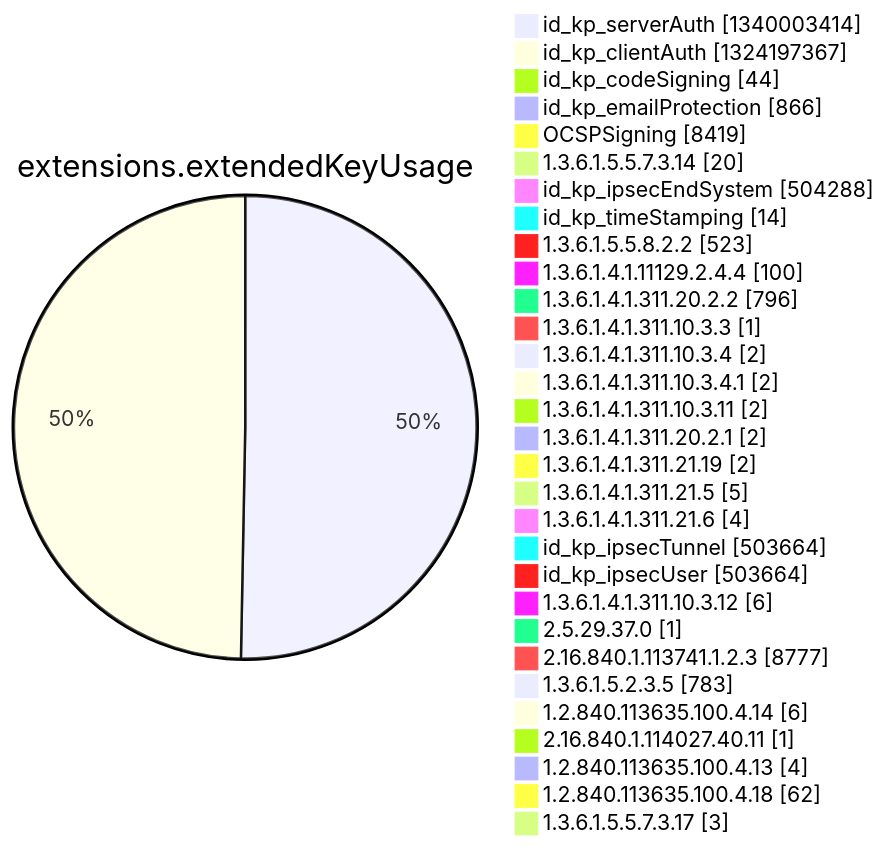
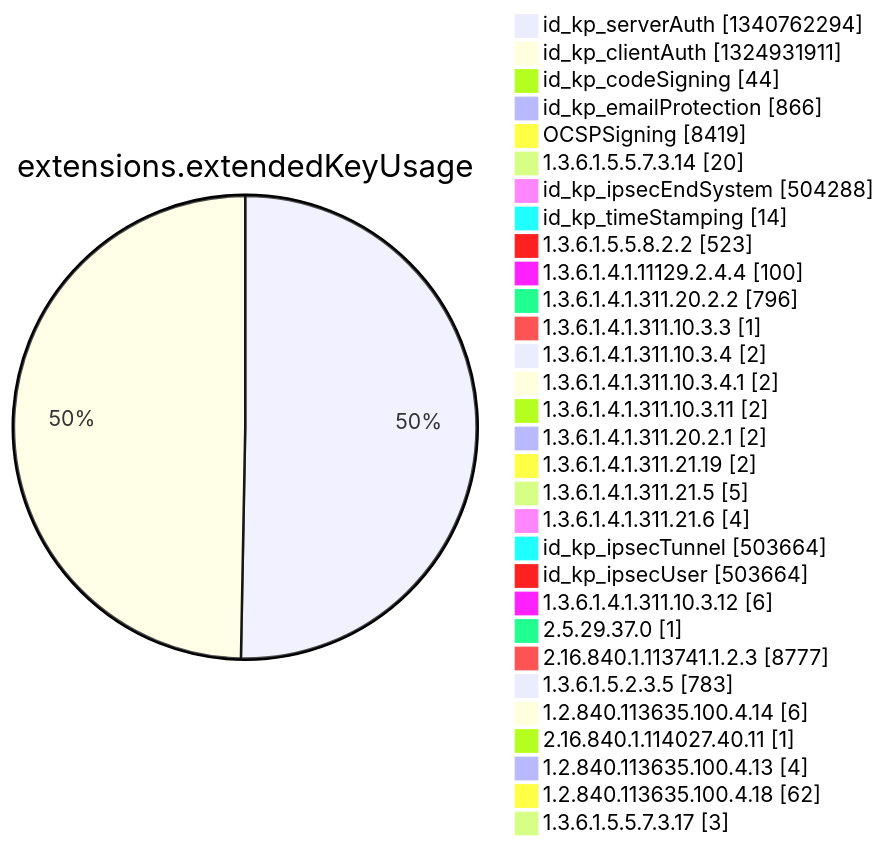
Before and after one commit to christiankrug/ctmonitor_visualization: diagram 12 of 15 in argon2022/README.md, drawn with Mermaid. The commit also changed other lines of this file, not shown here.

````diff
--- a/argon2022/README.md
+++ b/argon2022/README.md
@@ -3553,34 +3553,34 @@
 ```mermaid
 pie showData
 title extensions.extendedKeyUsage
-"id_kp_serverAuth" :1340003414
-"id_kp_clientAuth" :1324197367
+"id_kp_serverAuth" :1340762294
+"id_kp_clientAuth" :1324931911
 "id_kp_codeSigning" :44
 "id_kp_emailProtection" :866
 "OCSPSigning" :8419
 "1.3.6.1.5.5.7.3.14" :20
 "id_kp_ipsecEndSystem" :504288
 "id_kp_timeStamping" :14
 "1.3.6.1.5.5.8.2.2" :523
 "1.3.6.1.4.1.11129.2.4.4" :100
 "1.3.6.1.4.1.311.20.2.2" :796
 "1.3.6.1.4.1.311.10.3.3" :1
 "1.3.6.1.4.1.311.10.3.4" :2
 "1.3.6.1.4.1.311.10.3.4.1" :2
 "1.3.6.1.4.1.311.10.3.11" :2
 "1.3.6.1.4.1.311.20.2.1" :2
 "1.3.6.1.4.1.311.21.19" :2
 "1.3.6.1.4.1.311.21.5" :5
 "1.3.6.1.4.1.311.21.6" :4
 "id_kp_ipsecTunnel" :503664
 "id_kp_ipsecUser" :503664
 "1.3.6.1.4.1.311.10.3.12" :6
 "2.5.29.37.0" :1
 "2.16.840.1.113741.1.2.3" :8777
 "1.3.6.1.5.2.3.5" :783
 "1.2.840.113635.100.4.14" :6
 "2.16.840.1.114027.40.11" :1
 "1.2.840.113635.100.4.13" :4
 "1.2.840.113635.100.4.18" :62
 "1.3.6.1.5.5.7.3.17" :3
 ```
````
